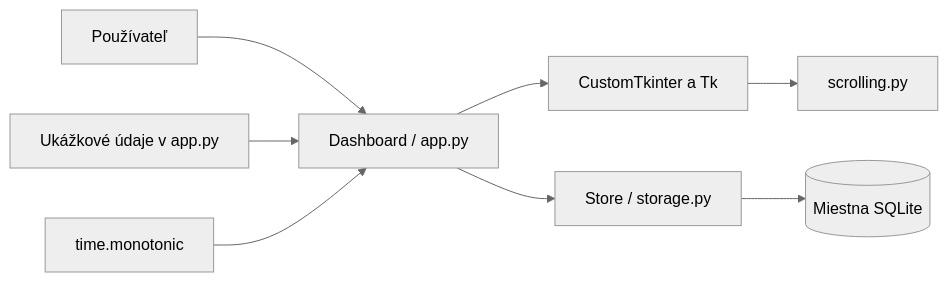
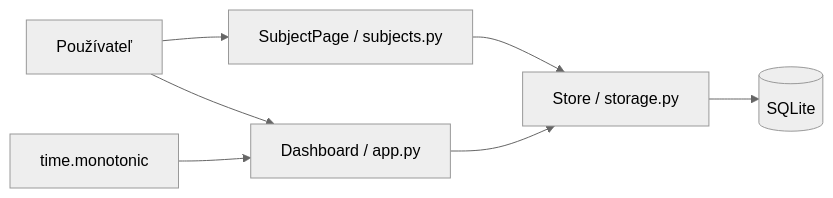
One commit to turcinv/SOSkuska changed the diagram in docs/sk/CURRENT_ARCHITECTURE.md. Above: the diagram before and after it, drawn with Mermaid (neutral theme). The commit also changed other lines of this file and 30 other files, not shown here.

First line of the commit message:
Add persistent subject management and a real study dashboard (#1)

````diff
--- a/docs/sk/CURRENT_ARCHITECTURE.md
+++ b/docs/sk/CURRENT_ARCHITECTURE.md
@@ -22,10 +21,9 @@
 ```mermaid
 flowchart LR
-    User[Používateľ] --> UI[Dashboard / app.py]
-    UI --> Widgets[CustomTkinter a Tk]
-    Widgets --> Scroll[scrolling.py]
-    UI --> Store[Store / storage.py]
-    Store --> DB[(Miestna SQLite)]
-    Samples[Ukážkové údaje v app.py] --> UI
-    Clock[time.monotonic] --> UI
+    User[Používateľ] --> Dashboard[Dashboard / app.py]
+    User --> Subjects[SubjectPage / subjects.py]
+    Subjects --> Store[Store / storage.py]
+    Dashboard --> Store
+    Store --> DB[(SQLite)]
+    Clock[time.monotonic] --> Dashboard
 ```
````
